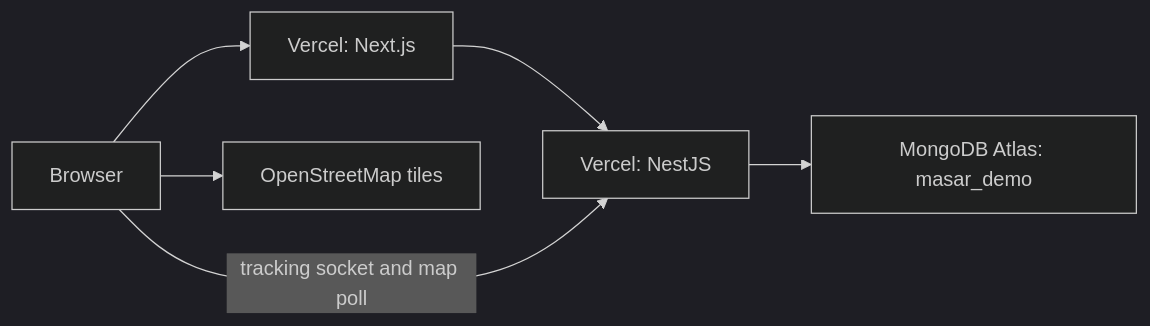
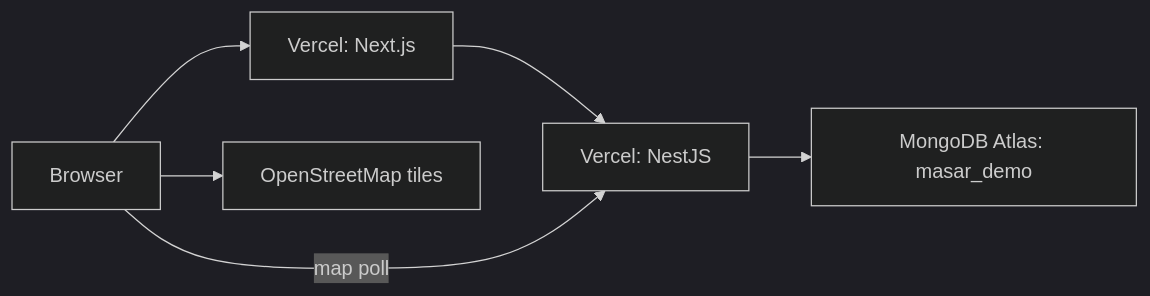
Before and after one commit to hazem-e99/masar: the diagram in README.md, drawn with Mermaid (dark theme). The commit also changed other lines of this file and 3 other files, not shown here.

````diff
--- a/README.md
+++ b/README.md
@@ -29,14 +29,14 @@
 ```mermaid
 flowchart LR
   browser[Browser]
   web[Vercel: Next.js]
   api[Vercel: NestJS]
   atlas[MongoDB Atlas: masar_demo]
   osm[OpenStreetMap tiles]
 
   browser --> web
   web --> api
   api --> atlas
-  browser -->|tracking socket and map poll| api
+  browser -->|map poll| api
   browser --> osm
 ```
````
